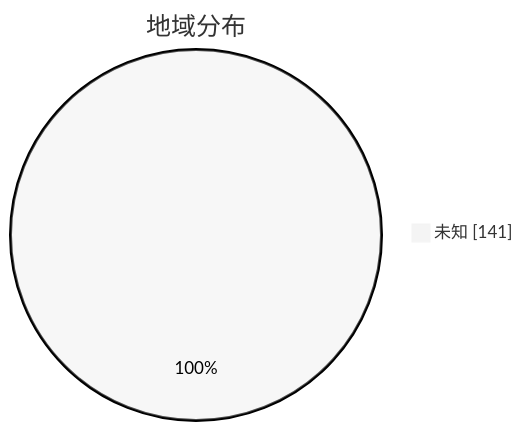
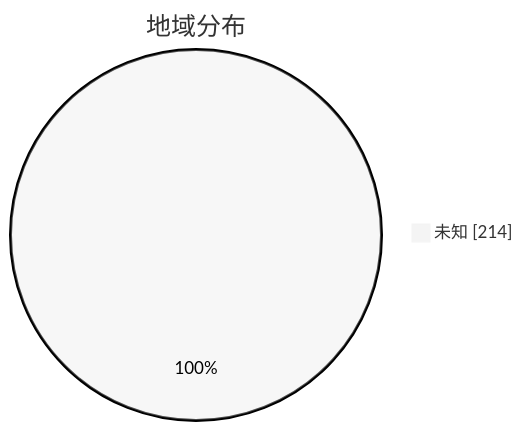
One commit to qjlxg/airport changed the second of 3 diagrams in subs/statistics/tested_within.md. Above: the diagram before and after it, drawn with Mermaid (neutral theme). The commit also changed other lines of this file and 2 other files, not shown here.

````diff
--- a/subs/statistics/tested_within.md
+++ b/subs/statistics/tested_within.md
@@ -11,5 +12,5 @@
 ```mermaid
 pie showData
 title 地域分布
-"未知" : 141
+"未知" : 214
 ```
````
